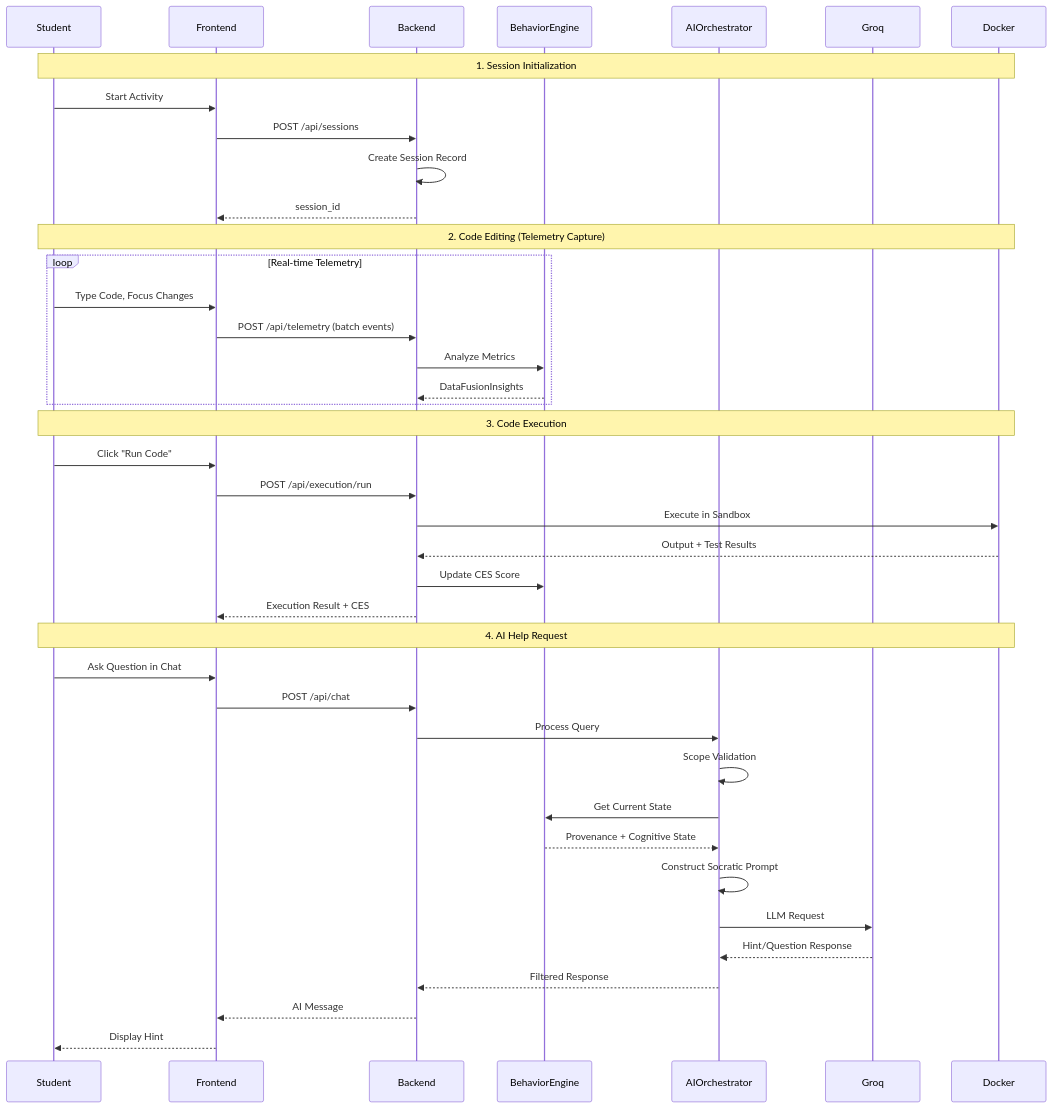
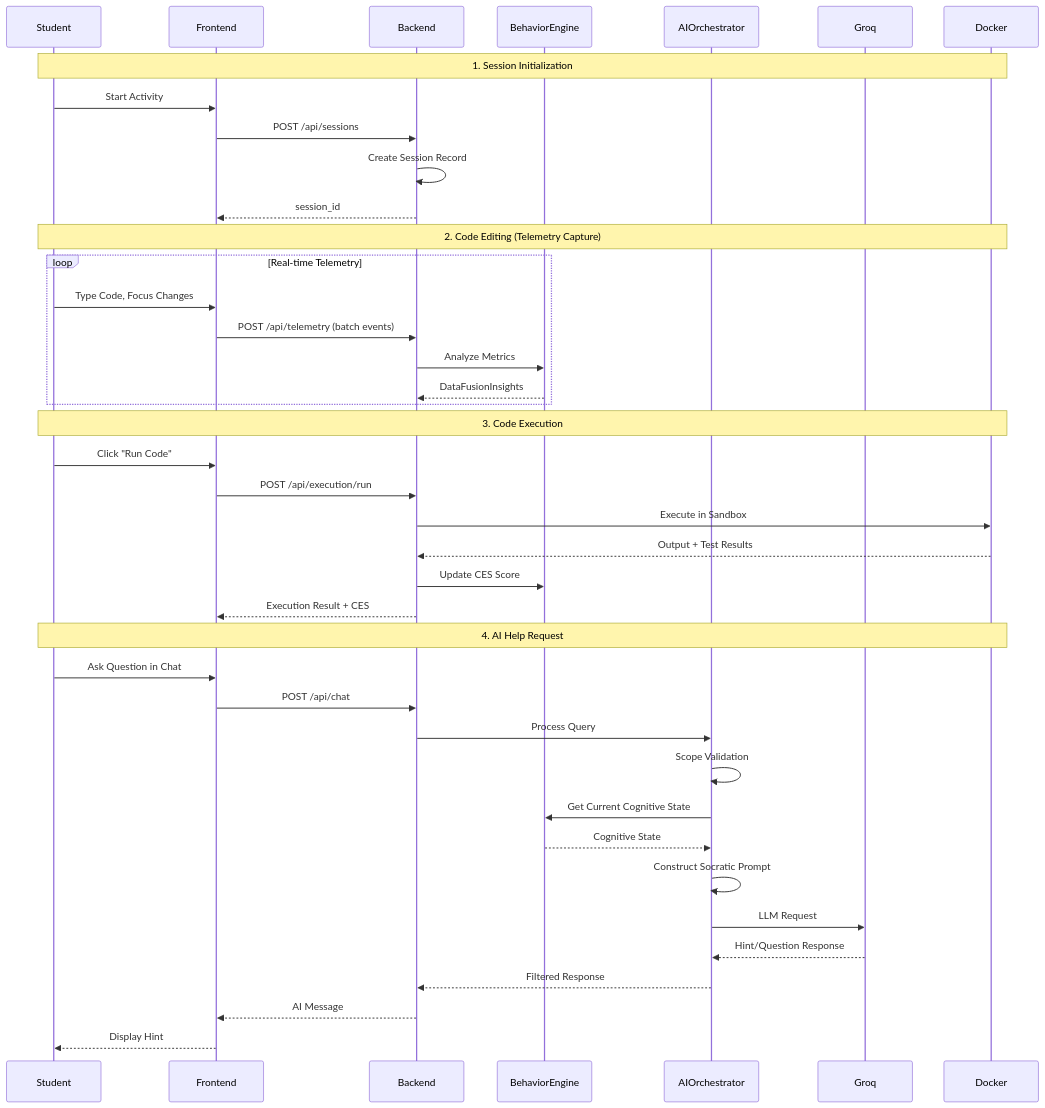
The second of 3 diagrams in README.md (auxghlann/rbAI), drawn with Mermaid before and after one commit. The commit also changed other lines of this file and 4 other files, not shown here.

Commit message:
refactor: streamline behavioral context handling by removing provenance state and focusing on cognitive state

````diff
--- a/README.md
+++ b/README.md
@@ -163,46 +163,46 @@
 ```mermaid
 sequenceDiagram
     participant Student
     participant Frontend
     participant Backend
     participant BehaviorEngine
     participant AIOrchestrator
     participant Groq
     participant Docker
     
     Note over Student,Docker: 1. Session Initialization
     Student->>Frontend: Start Activity
     Frontend->>Backend: POST /api/sessions
     Backend->>Backend: Create Session Record
     Backend-->>Frontend: session_id
     
     Note over Student,Docker: 2. Code Editing (Telemetry Capture)
     loop Real-time Telemetry
         Student->>Frontend: Type Code, Focus Changes
         Frontend->>Backend: POST /api/telemetry (batch events)
         Backend->>BehaviorEngine: Analyze Metrics
         BehaviorEngine-->>Backend: DataFusionInsights
     end
     
     Note over Student,Docker: 3. Code Execution
     Student->>Frontend: Click "Run Code"
     Frontend->>Backend: POST /api/execution/run
     Backend->>Docker: Execute in Sandbox
     Docker-->>Backend: Output + Test Results
     Backend->>BehaviorEngine: Update CES Score
     Backend-->>Frontend: Execution Result + CES
     
     Note over Student,Docker: 4. AI Help Request
     Student->>Frontend: Ask Question in Chat
     Frontend->>Backend: POST /api/chat
     Backend->>AIOrchestrator: Process Query
     AIOrchestrator->>AIOrchestrator: Scope Validation
-    AIOrchestrator->>BehaviorEngine: Get Current State
-    BehaviorEngine-->>AIOrchestrator: Provenance + Cognitive State
+    AIOrchestrator->>BehaviorEngine: Get Current Cognitive State
+    BehaviorEngine-->>AIOrchestrator: Cognitive State
     AIOrchestrator->>AIOrchestrator: Construct Socratic Prompt
     AIOrchestrator->>Groq: LLM Request
     Groq-->>AIOrchestrator: Hint/Question Response
     AIOrchestrator-->>Backend: Filtered Response
     Backend-->>Frontend: AI Message
     Frontend-->>Student: Display Hint
 ```
````
